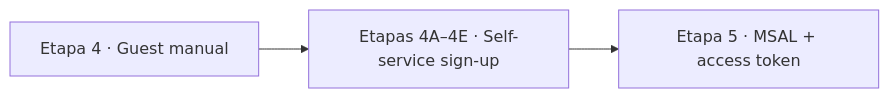
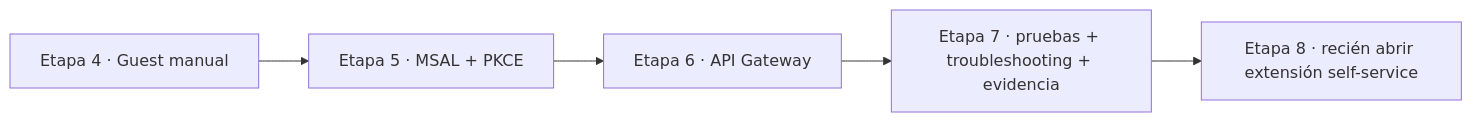
The second of 2 diagrams in docs/identity/entra-guia-completa/04-usuarios-externos.md (cmartinezs/DSY1107-DESARROLLO-CLOUD-NATIVE-I-2026-2), drawn with Mermaid before and after one commit. The commit also changed other lines of this file, not shown here.

Commit message:
docs(identity): restore base flow after manual guest stage

````diff
--- a/docs/identity/entra-guia-completa/04-usuarios-externos.md
+++ b/docs/identity/entra-guia-completa/04-usuarios-externos.md
@@ -88,5 +88,7 @@
 ```mermaid
 flowchart LR
-    MANUAL[Etapa 4 · Guest manual] --> AUTO[Etapas 4A–4E · Self-service sign-up]
-    AUTO --> MSAL[Etapa 5 · MSAL + access token]
+    MANUAL[Etapa 4 · Guest manual] --> MSAL[Etapa 5 · MSAL + PKCE]
+    MSAL --> GW[Etapa 6 · API Gateway]
+    GW --> TEST[Etapa 7 · pruebas + troubleshooting + evidencia]
+    TEST --> EXT[Etapa 8 · recién abrir extensión self-service]
 ```
````
